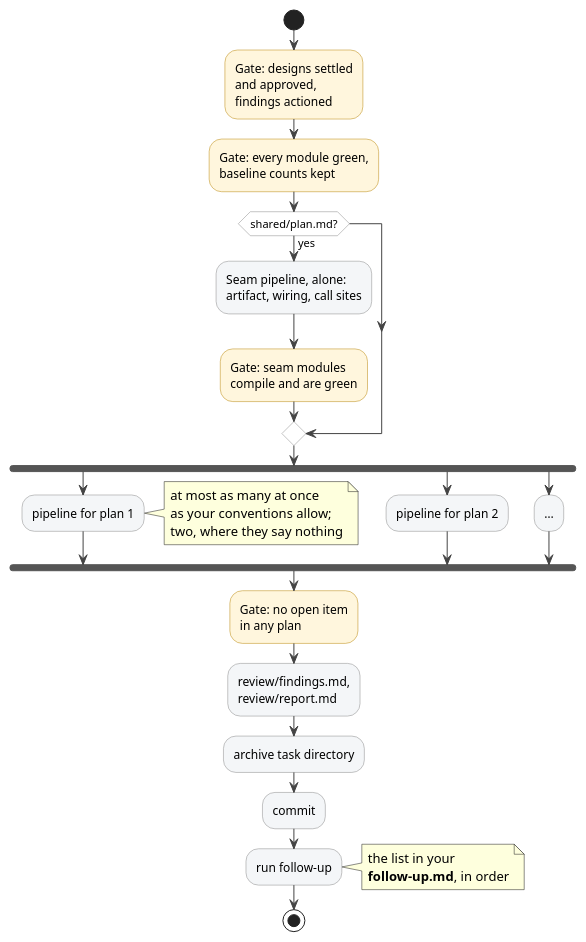
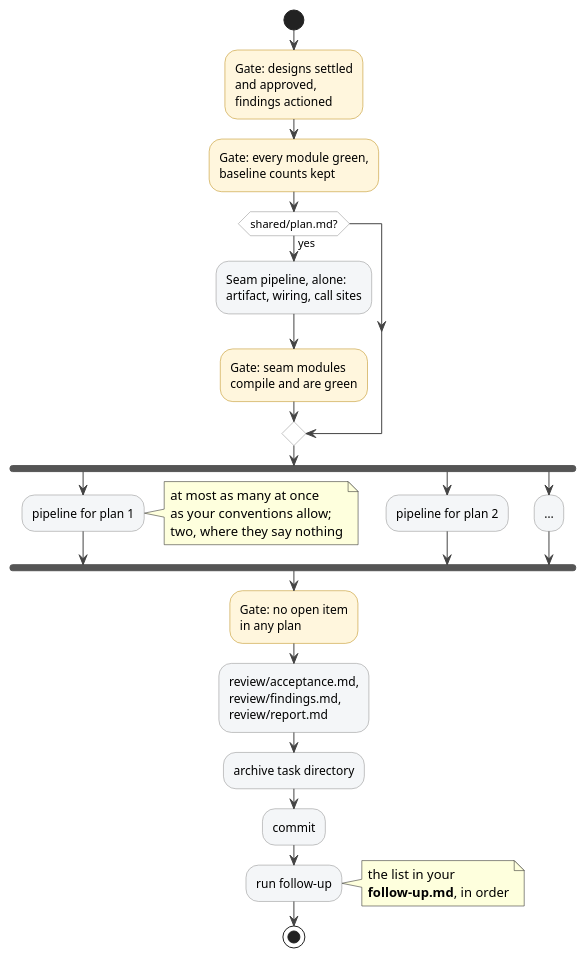
The diagram in docs/diagrams/implement-plan-task.puml (ds-usova/tdd-sdlc), drawn with PlantUML before and after one commit. The commit also changed 10 other files, not shown here.

```diff
--- a/docs/diagrams/implement-plan-task.puml
+++ b/docs/diagrams/implement-plan-task.puml
@@ -1,54 +1,55 @@
 @startuml implement-plan-task
 skinparam defaultFontName Helvetica
 skinparam shadowing false
 skinparam ActivityBackgroundColor #F4F6F8
 skinparam ActivityBorderColor #888
 skinparam ActivityDiamondBackgroundColor #FFFFFF
 skinparam ActivityDiamondBorderColor #888
 skinparam ArrowColor #444
 <style>
 activityDiagram {
   .gate {
     BackgroundColor #FFF6DD
     LineColor #B8860B
   }
 }
 </style>
 
 start
 :Gate: designs settled
 and approved,
 findings actioned;<<gate>>
 :Gate: every module green,
 baseline counts kept;<<gate>>
 if (shared/plan.md?) then (yes)
   :Seam pipeline, alone:
   artifact, wiring, call sites;
   :Gate: seam modules
   compile and are green;<<gate>>
 endif
 fork
   :pipeline for plan 1;
   note right
     at most as many at once
     as your conventions allow;
     two, where they say nothing
   end note
 fork again
   :pipeline for plan 2;
 fork again
   :…;
 end fork
 :Gate: no open item
 in any plan;<<gate>>
-:review/findings.md,
+:review/acceptance.md,
+review/findings.md,
 review/report.md;
 :archive task directory;
 :commit;
 :run follow-up;
 note right
   the list in your
   **follow-up.md**, in order
 end note
 stop
 @enduml
```
